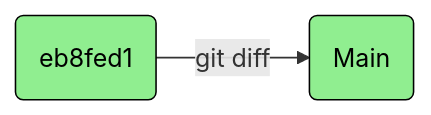
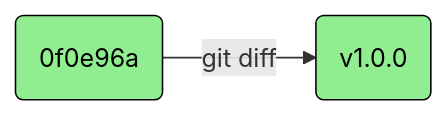
One commit to umr-marbec/git-training changed the ninth of 19 diagrams in slides-git-quarto/slides-training.qmd. Above: the diagram before and after it, drawn with Mermaid. The commit also changed other lines of this file and 1 other file, not shown here.

````diff
--- a/slides-git-quarto/slides-training.qmd
+++ b/slides-git-quarto/slides-training.qmd
@@ -317,12 +278,12 @@
 ```{mermaid}
 %%| fig-width: 10.5
 %%| fig-height: 0.75
 flowchart LR  
-  id1(eb8fed1)-->|git diff| id2(Main)
+  id1(0f0e96a)-->|git diff| id2(v1.0.0)
 classDef workspace fill:lightgray,stroke:black,color:black
 classDef index fill:lightblue,stroke:black,color:black
 classDef local fill:lightgreen,stroke:black,color:black
 classDef remote fill:yellow,stroke:black,color:black
 
 class id1,id2 local;
 ```
````
